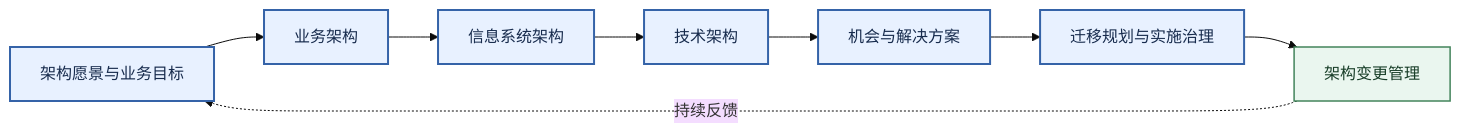
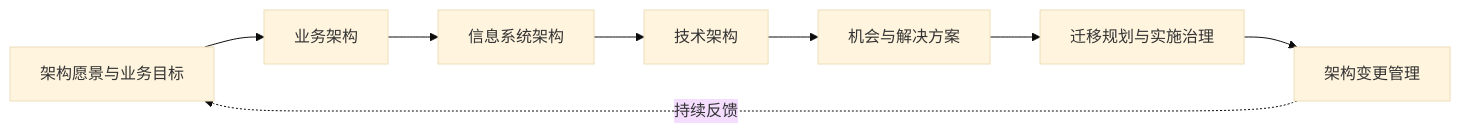
The seventh of 43 diagrams in docs/system-architecture-designer/01_官方大纲与考试政策/02_案例分析大纲脑图.md (mingf423/ruankao), drawn with Mermaid (base theme) before and after one commit. The commit also changed other lines of this file, not shown here.

Commit message:
Make case-analysis Mermaid diagrams renderer-compatible

````diff
--- a/docs/system-architecture-designer/01_官方大纲与考试政策/02_案例分析大纲脑图.md
+++ b/docs/system-architecture-designer/01_官方大纲与考试政策/02_案例分析大纲脑图.md
@@ -178,14 +128,10 @@
 ```mermaid
 flowchart LR
   A["架构愿景与业务目标"] --> B["业务架构"]
   B --> C["信息系统架构"]
   C --> D["技术架构"]
   D --> E["机会与解决方案"]
   E --> F["迁移规划与实施治理"]
   F --> G["架构变更管理"]
   G -.持续反馈.-> A
-  classDef phase fill:#e8f1ff,stroke:#3563a8,color:#172b4d,stroke-width:2px
-  classDef governance fill:#eaf6ef,stroke:#43845b,color:#173d27,stroke-width:1.5px
-  class A,B,C,D,E,F phase
-  class G governance
 ```
````
